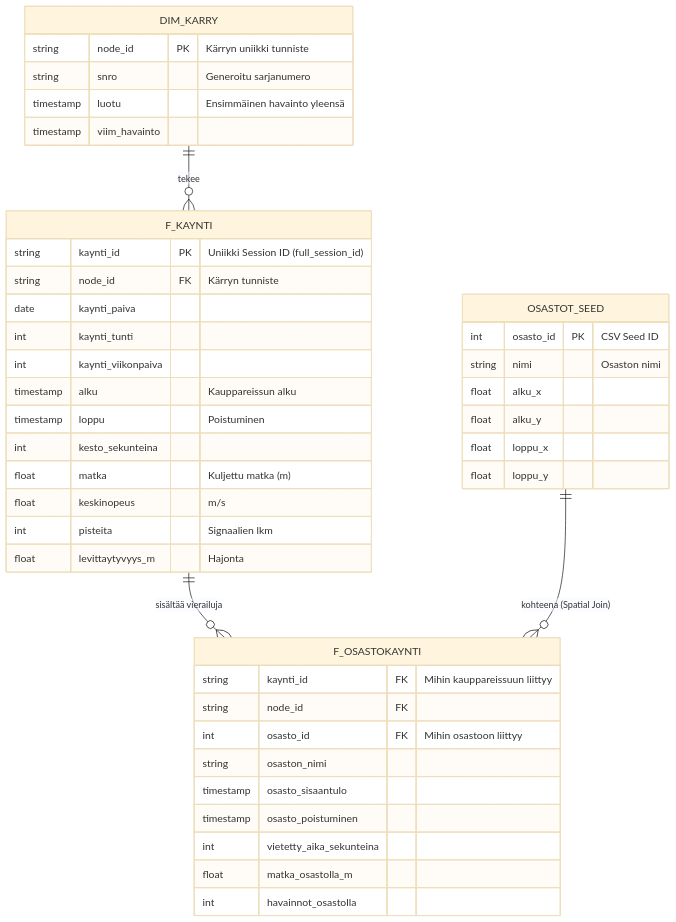
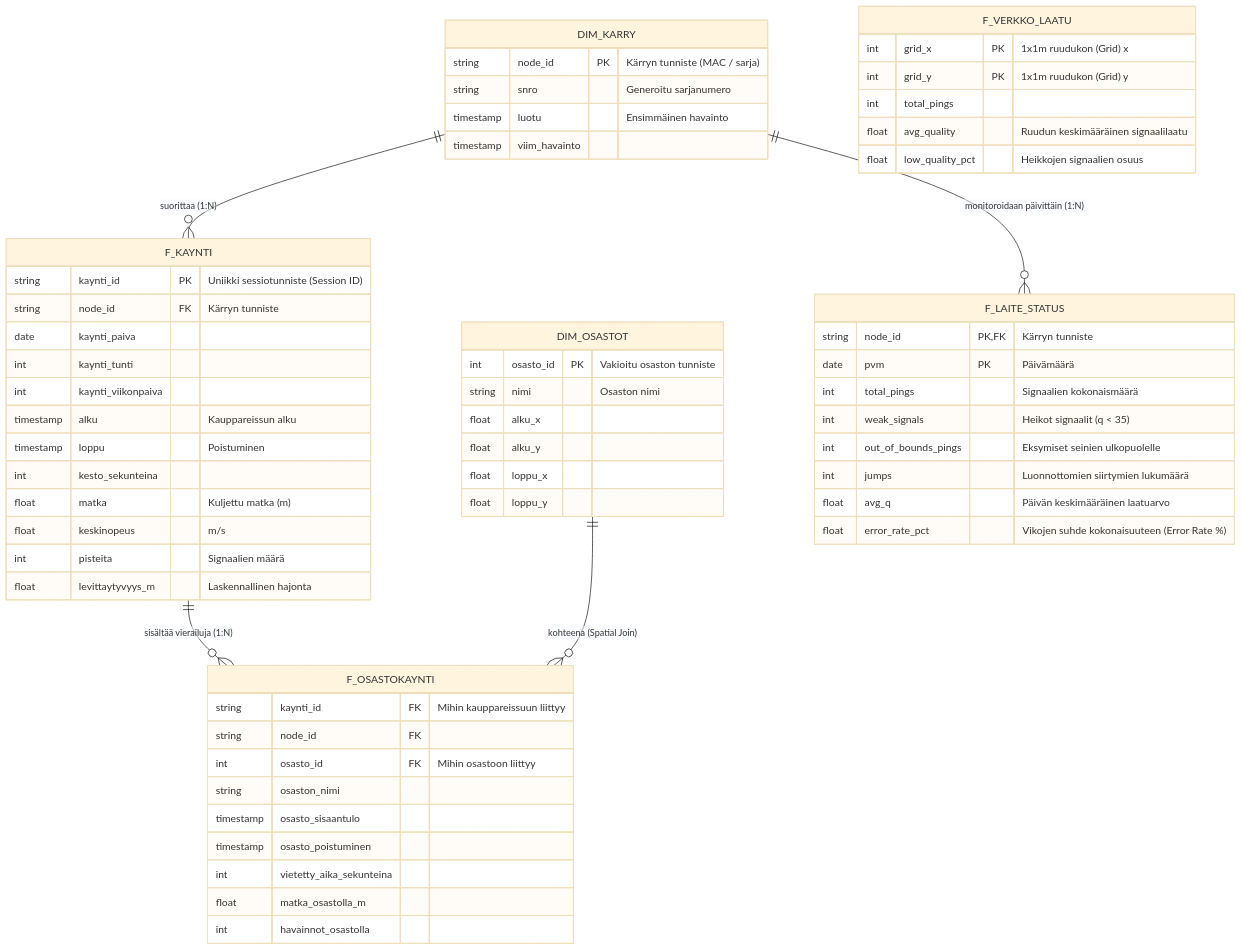
The diagram in docs/ER_kaavio.md (mitro54/uwb-shopping-cart-analytics-pipeline), drawn with Mermaid (base theme) before and after one commit. The commit also changed other lines of this file and 3 other files, not shown here.

````diff
--- a/docs/ER_kaavio.md
+++ b/docs/ER_kaavio.md
@@ -7,49 +7,74 @@
 ```mermaid
 erDiagram
+    %% ULOTTUVUUDET (Dimensions / Master Data)
     DIM_KARRY {
-        string node_id PK "Kärryn uniikki tunniste"
+        string node_id PK "Kärryn tunniste (MAC / sarja)"
         string snro "Generoitu sarjanumero"
-        timestamp luotu "Ensimmäinen havainto yleensä"
+        timestamp luotu "Ensimmäinen havainto"
         timestamp viim_havainto
     }
 
+    DIM_OSASTOT {
+        int osasto_id PK "Vakioitu osaston tunniste"
+        string nimi "Osaston nimi"
+        float alku_x
+        float alku_y
+        float loppu_x
+        float loppu_y
+    }
+
+    %% KÄYTTÖTAPAUS 1: Myymäläanalytiikka (Retail Analytics)
     F_KAYNTI {
-        string kaynti_id PK "Uniikki Session ID (full_session_id)"
+        string kaynti_id PK "Uniikki sessiotunniste (Session ID)"
         string node_id FK "Kärryn tunniste"
         date kaynti_paiva
         int kaynti_tunti
         int kaynti_viikonpaiva
         timestamp alku "Kauppareissun alku"
         timestamp loppu "Poistuminen"
         int kesto_sekunteina
         float matka "Kuljettu matka (m)"
         float keskinopeus "m/s"
-        int pisteita "Signaalien lkm"
-        float levittaytyvyys_m "Hajonta"
+        int pisteita "Signaalien määrä"
+        float levittaytyvyys_m "Laskennallinen hajonta"
     }
 
     F_OSASTOKAYNTI {
         string kaynti_id FK "Mihin kauppareissuun liittyy"
         string node_id FK
         int osasto_id FK "Mihin osastoon liittyy"
         string osaston_nimi
         timestamp osasto_sisaantulo
         timestamp osasto_poistuminen
         int vietetty_aika_sekunteina
         float matka_osastolla_m
         int havainnot_osastolla
     }
 
-    OSASTOT_SEED {
-        int osasto_id PK "CSV Seed ID"
-        string nimi "Osaston nimi"
-        float alku_x
-        float alku_y
-        float loppu_x
-        float loppu_y
+    %% KÄYTTÖTAPAUS 2: Laitediagnostiikka (IoT Monitoring)
+    F_LAITE_STATUS {
+        string node_id PK,FK "Kärryn tunniste"
+        date pvm PK "Päivämäärä"
+        int total_pings "Signaalien kokonaismäärä"
+        int weak_signals "Heikot signaalit (q < 35)"
+        int out_of_bounds_pings "Eksymiset seinien ulkopuolelle"
+        int jumps "Luonnottomien siirtymien lukumäärä"
+        float avg_q "Päivän keskimääräinen laatuarvo"
+        float error_rate_pct "Vikojen suhde kokonaisuuteen (Error Rate %)"
     }
 
-    DIM_KARRY ||--o{ F_KAYNTI : "tekee"
-    F_KAYNTI ||--o{ F_OSASTOKAYNTI : "sisältää vierailuja"
-    OSASTOT_SEED ||--o{ F_OSASTOKAYNTI : "kohteena (Spatial Join)"
+    F_VERKKO_LAATU {
+        int grid_x PK "1x1m ruudukon (Grid) x"
+        int grid_y PK "1x1m ruudukon (Grid) y"
+        int total_pings 
+        float avg_quality "Ruudun keskimääräinen signaalilaatu"
+        float low_quality_pct "Heikkojen signaalien osuus"
+    }
+
+    %% Relaatiot
+    DIM_KARRY ||--o{ F_KAYNTI : "suorittaa (1:N)"
+    F_KAYNTI ||--o{ F_OSASTOKAYNTI : "sisältää vierailuja (1:N)"
+    DIM_OSASTOT ||--o{ F_OSASTOKAYNTI : "kohteena (Spatial Join)"
+    
+    DIM_KARRY ||--o{ F_LAITE_STATUS : "monitoroidaan päivittäin (1:N)"
 ```
````
